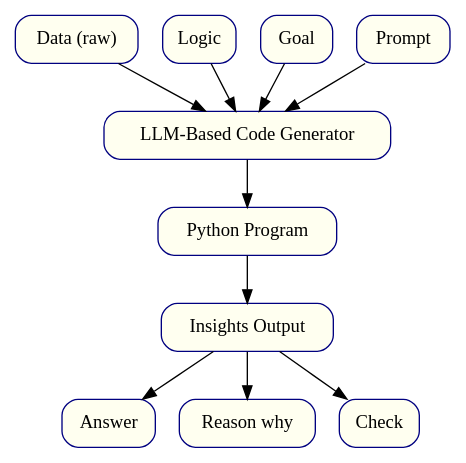
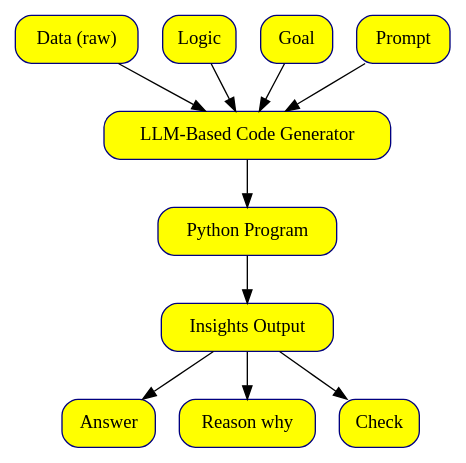
One commit to eyereasoner/eye changed the diagram in teaching/images/EYE-teaching.dot. Above: the diagram before and after it, drawn with Graphviz. The commit also changed 1 other file, not shown here.

```diff
--- a/teaching/images/EYE-teaching.dot
+++ b/teaching/images/EYE-teaching.dot
@@ -1,22 +1,22 @@
 digraph {
 	bgcolor=white fontname=Helvetica rankdir=TB
-	Data [label="Data (raw)" color=navy fillcolor="#FFFFF0" shape=box style="rounded,filled"]
-	Logic [label=Logic color=navy fillcolor="#FFFFF0" shape=box style="rounded,filled"]
-	Goal [label=Goal color=navy fillcolor="#FFFFF0" shape=box style="rounded,filled"]
-	Prompt [label=Prompt color=navy fillcolor="#FFFFF0" shape=box style="rounded,filled"]
-	LLM [label="LLM-Based Code Generator" color=navy fillcolor="#FFFFF0" shape=box style="rounded,filled"]
-	PythonProgram [label="Python Program" color=navy fillcolor="#FFFFF0" shape=box style="rounded,filled"]
-	Insights [label="Insights Output" color=navy fillcolor="#FFFFF0" shape=box style="rounded,filled"]
-	Answer [label=Answer color=navy fillcolor="#FFFFF0" shape=box style="rounded,filled"]
+	Data [label="Data (raw)" color=navy fillcolor="#FFFF00" shape=box style="rounded,filled"]
+	Logic [label=Logic color=navy fillcolor="#FFFF00" shape=box style="rounded,filled"]
+	Goal [label=Goal color=navy fillcolor="#FFFF00" shape=box style="rounded,filled"]
+	Prompt [label=Prompt color=navy fillcolor="#FFFF00" shape=box style="rounded,filled"]
+	LLM [label="LLM-Based Code Generator" color=navy fillcolor="#FFFF00" shape=box style="rounded,filled"]
+	PythonProgram [label="Python Program" color=navy fillcolor="#FFFF00" shape=box style="rounded,filled"]
+	Insights [label="Insights Output" color=navy fillcolor="#FFFF00" shape=box style="rounded,filled"]
+	Answer [label=Answer color=navy fillcolor="#FFFF00" shape=box style="rounded,filled"]
 	Insights -> Answer
-	Reason [label="Reason why" color=navy fillcolor="#FFFFF0" shape=box style="rounded,filled"]
+	Reason [label="Reason why" color=navy fillcolor="#FFFF00" shape=box style="rounded,filled"]
 	Insights -> Reason
-	Check [label=Check color=navy fillcolor="#FFFFF0" shape=box style="rounded,filled"]
+	Check [label=Check color=navy fillcolor="#FFFF00" shape=box style="rounded,filled"]
 	Insights -> Check
 	Data -> LLM
 	Logic -> LLM
 	Goal -> LLM
 	Prompt -> LLM
 	LLM -> PythonProgram
 	PythonProgram -> Insights
 }
```
